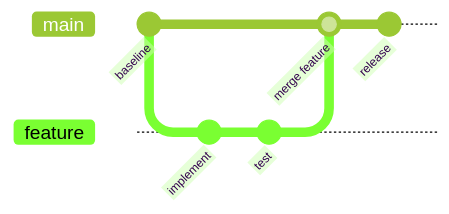
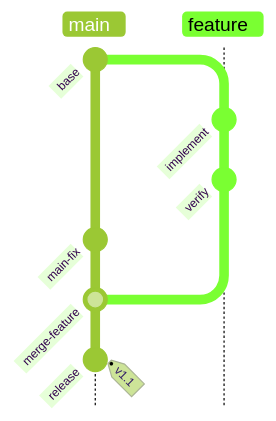
The first of 3 diagrams in src/rulesync/.rulesync/skills/mols-mermaid-diagram/references/examples/git-graph.md (mols3131d/mols-agent-assets), drawn with Mermaid (forest theme) before and after one commit. The commit also changed other lines of this file and 27 other files, not shown here.

Commit message:
docs(mermaid): diagram examples 단계별 고도화

````diff
--- a/src/rulesync/.rulesync/skills/mols-mermaid-diagram/references/examples/git-graph.md
+++ b/src/rulesync/.rulesync/skills/mols-mermaid-diagram/references/examples/git-graph.md
@@ -5,11 +11,11 @@
 ```mermaid
-gitGraph
-    commit id: "baseline"
+gitGraph TB:
+    commit id: "base"
     branch feature
-    checkout feature
     commit id: "implement"
-    commit id: "test"
+    commit id: "verify"
     checkout main
-    merge feature id: "merge feature"
-    commit id: "release"
+    commit id: "main-fix"
+    merge feature id: "merge-feature"
+    commit id: "release" tag: "v1.1"
 ```
````
